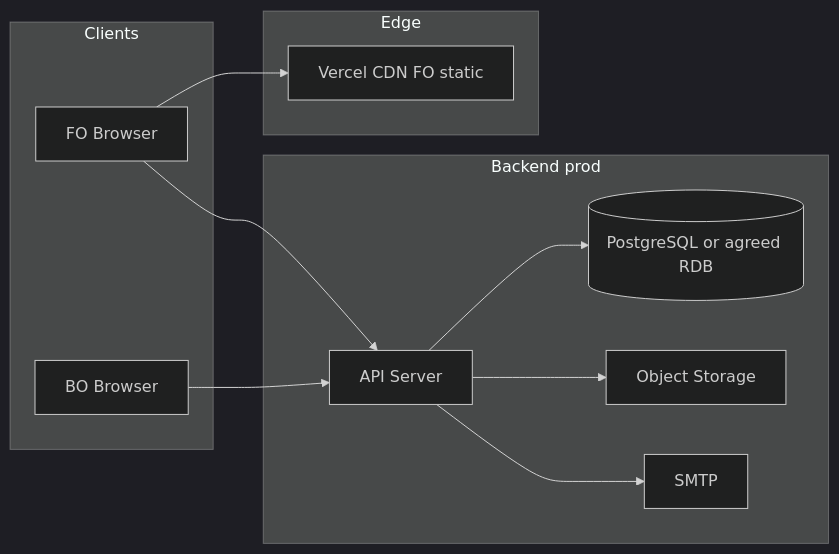
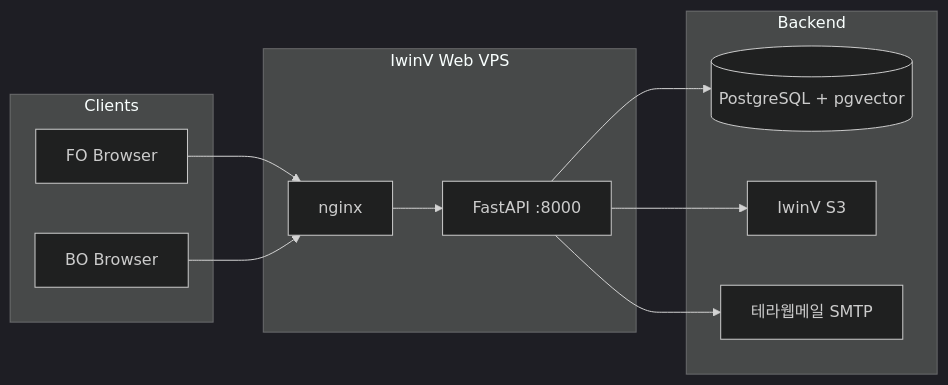
The diagram in docs/기능정의서/배포_아키텍처.md (aiuserthree/TOPIK-MYANMAR), drawn with Mermaid (dark theme) before and after one commit. The commit also changed other lines of this file and 27 other files, not shown here.

First line of the commit message:
Rewrite deployment docs for IwinV FastAPI and drop legacy PaaS stack.

````diff
--- a/docs/기능정의서/배포_아키텍처.md
+++ b/docs/기능정의서/배포_아키텍처.md
@@ -60,22 +49,22 @@
 ```mermaid
 flowchart LR
   subgraph clients [Clients]
     FO[FO Browser]
     BO[BO Browser]
   end
-  subgraph edge [Edge]
-    CDN[Vercel CDN FO static]
+  subgraph web [IwinV Web VPS]
+    NGX[nginx]
+    API[FastAPI :8000]
   end
-  subgraph backend [Backend prod]
-    API[API Server]
-    DB[(PostgreSQL or agreed RDB)]
-    OBJ[Object Storage]
-    SMTP[SMTP]
+  subgraph data [Backend]
+    DB[(PostgreSQL + pgvector)]
+    OBJ[IwinV S3]
+    SMTP[테라웹메일 SMTP]
   end
-  FO --> CDN
-  FO --> API
-  BO --> API
+  FO --> NGX
+  BO --> NGX
+  NGX --> API
   API --> DB
   API --> OBJ
   API --> SMTP
 ```
````
